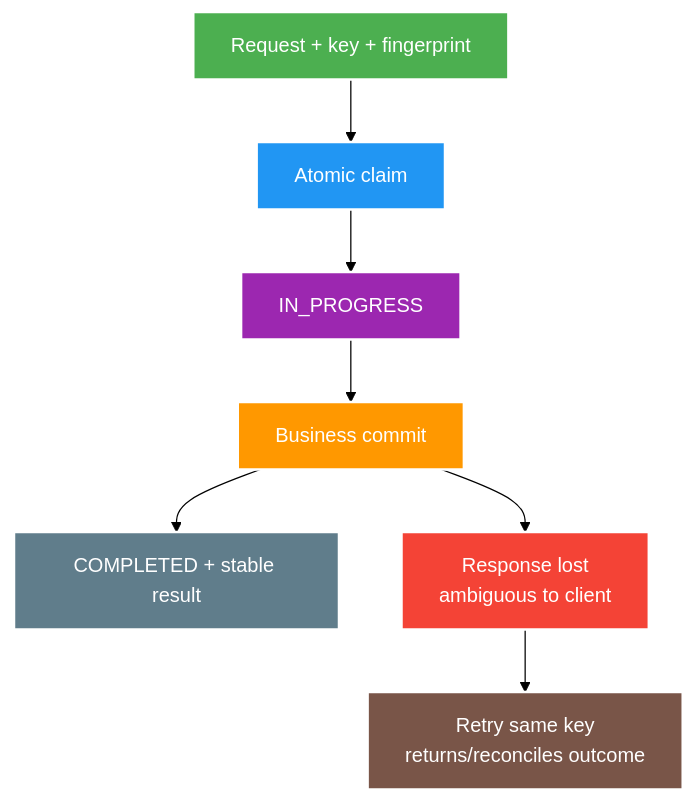
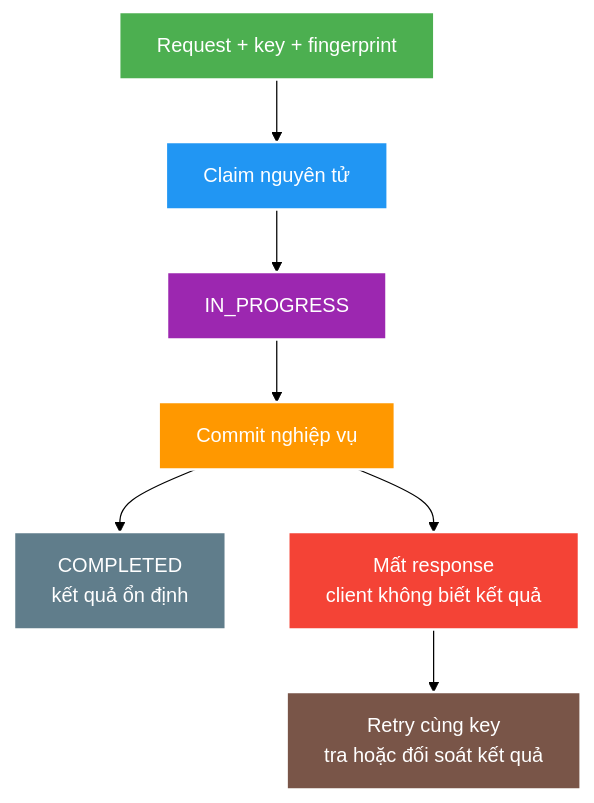
Before and after one commit to HungPhan200591/live-stream-backend: the diagram in docs/learning/topics/api/theory/core/http-rest-semantics-and-idempotency.md, drawn with Mermaid (forest theme). The commit also changed other lines of this file and 177 other files, not shown here.

````diff
--- a/docs/learning/topics/api/theory/core/http-rest-semantics-and-idempotency.md
+++ b/docs/learning/topics/api/theory/core/http-rest-semantics-and-idempotency.md
@@ -30,16 +30,16 @@
 ```mermaid
 flowchart TB
-    R["Request + key + fingerprint"] --> C["Atomic claim"]
+    R["Request + key + fingerprint"] --> C["Claim nguyên tử"]
     C --> I["IN_PROGRESS"]
-    I --> B["Business commit"]
-    B --> D["COMPLETED + stable result"]
-    B --> X["Response lost<br/>ambiguous to client"]
-    X --> Q["Retry same key<br/>returns/reconciles outcome"]
+    I --> B["Commit nghiệp vụ"]
+    B --> D["COMPLETED<br/>kết quả ổn định"]
+    B --> X["Mất response<br/>client không biết kết quả"]
+    X --> Q["Retry cùng key<br/>tra hoặc đối soát kết quả"]
     style R fill:#4CAF50,stroke:#fff,stroke-width:2px,color:#fff
     style C fill:#2196F3,stroke:#fff,stroke-width:2px,color:#fff
     style I fill:#9C27B0,stroke:#fff,stroke-width:2px,color:#fff
     style B fill:#FF9800,stroke:#fff,stroke-width:2px,color:#fff
     style D fill:#607D8B,stroke:#fff,stroke-width:2px,color:#fff
     style X fill:#F44336,stroke:#fff,stroke-width:2px,color:#fff
     style Q fill:#795548,stroke:#fff,stroke-width:2px,color:#fff
 ```
````
